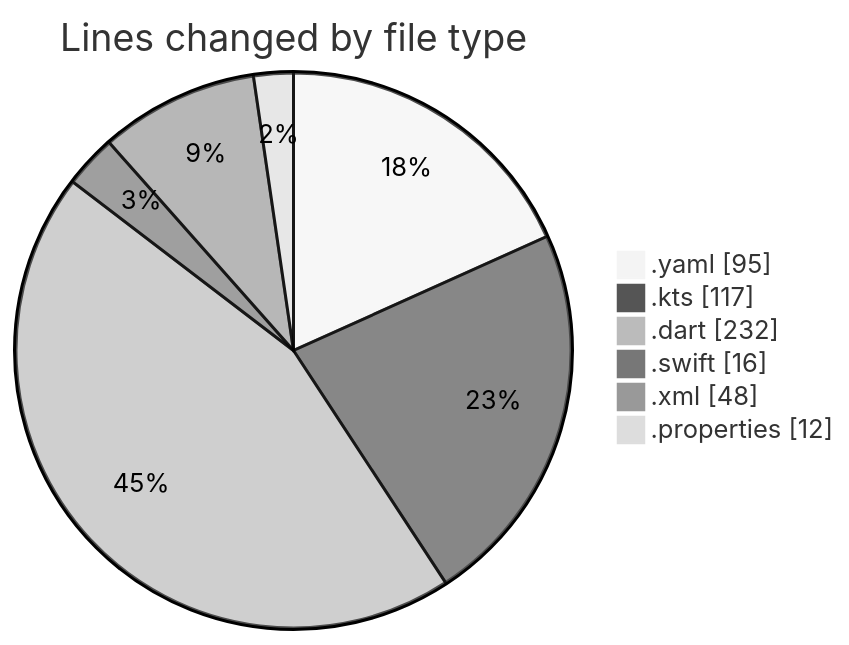
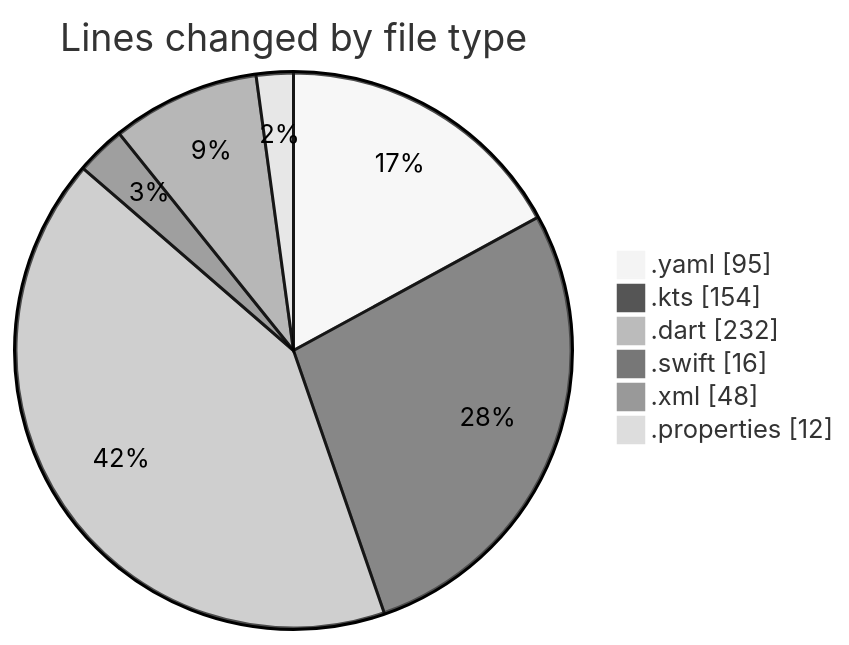
The first of 2 diagrams in 2025-02-16/uber_clone/README.md (donsfak/code-tracking), drawn with Mermaid (neutral theme) before and after one commit. The commit also changed other lines of this file and 1 other file, not shown here.

````diff
--- a/2025-02-16/uber_clone/README.md
+++ b/2025-02-16/uber_clone/README.md
@@ -26,10 +26,10 @@
 ```mermaid
 pie showData
 title Lines changed by file type
 ".yaml" : 95
-".kts" : 117
+".kts" : 154
 ".dart" : 232
 ".swift" : 16
 ".xml" : 48
 ".properties" : 12
 ```
````
